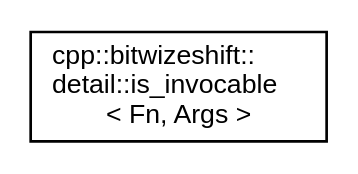
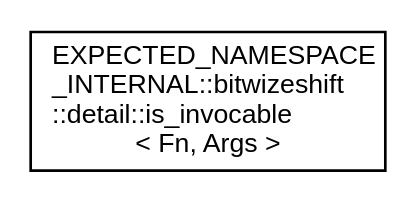
The diagram in api/latest/inherit_graph_18.dot (bitwizeshift/result), drawn with Graphviz before and after one commit. The commit also changed 399 other files, not shown here.

```diff
--- a/api/latest/inherit_graph_18.dot
+++ b/api/latest/inherit_graph_18.dot
@@ -1,7 +1,7 @@
 digraph "Graphical Class Hierarchy"
 {
   edge [fontname="Helvetica",fontsize="10",labelfontname="Helvetica",labelfontsize="10"];
   node [fontname="Helvetica",fontsize="10",shape=record];
   rankdir="LR";
-  Node0 [label="cpp::bitwizeshift::\ldetail::is_invocable\l\< Fn, Args \>",height=0.2,width=0.4,color="black", fillcolor="white", style="filled",URL="$db/da0/structcpp_1_1bitwizeshift_1_1detail_1_1is__invocable.html"];
+  Node0 [label="EXPECTED_NAMESPACE\l_INTERNAL::bitwizeshift\l::detail::is_invocable\l\< Fn, Args \>",height=0.2,width=0.4,color="black", fillcolor="white", style="filled",URL="$dd/d9a/struct_e_x_p_e_c_t_e_d___n_a_m_e_s_p_a_c_e___i_n_t_e_r_n_a_l_1_1bitwizeshift_1_1detail_1_1is__invocable.html"];
 }
```
